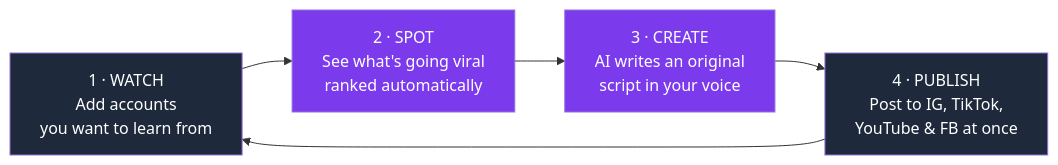
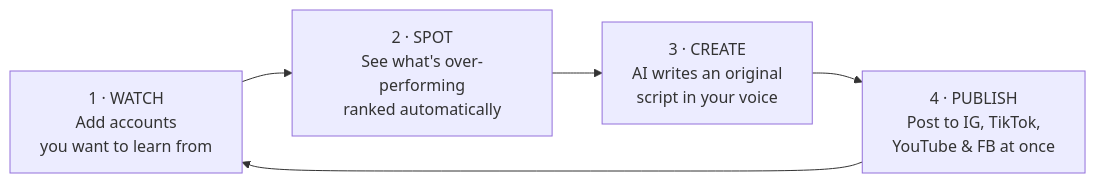
The first of 2 diagrams in docs/product/02-customer-overview.md (EngMajdSayedTaha/reelspy), drawn with Mermaid before and after one commit. The commit also changed other lines of this file and 11 other files, not shown here.

````diff
--- a/docs/product/02-customer-overview.md
+++ b/docs/product/02-customer-overview.md
@@ -30,11 +31,7 @@
 ```mermaid
 flowchart LR
-    A["1 · WATCH<br/>Add accounts<br/>you want to learn from"] --> B["2 · SPOT<br/>See what's going viral<br/>ranked automatically"]
+    A["1 · WATCH<br/>Add accounts<br/>you want to learn from"] --> B["2 · SPOT<br/>See what's over-performing<br/>ranked automatically"]
     B --> C["3 · CREATE<br/>AI writes an original<br/>script in your voice"]
     C --> D["4 · PUBLISH<br/>Post to IG, TikTok,<br/>YouTube & FB at once"]
     D --> A
-    style A fill:#1e293b,color:#fff
-    style B fill:#7c3aed,color:#fff
-    style C fill:#7c3aed,color:#fff
-    style D fill:#1e293b,color:#fff
 ```
````
